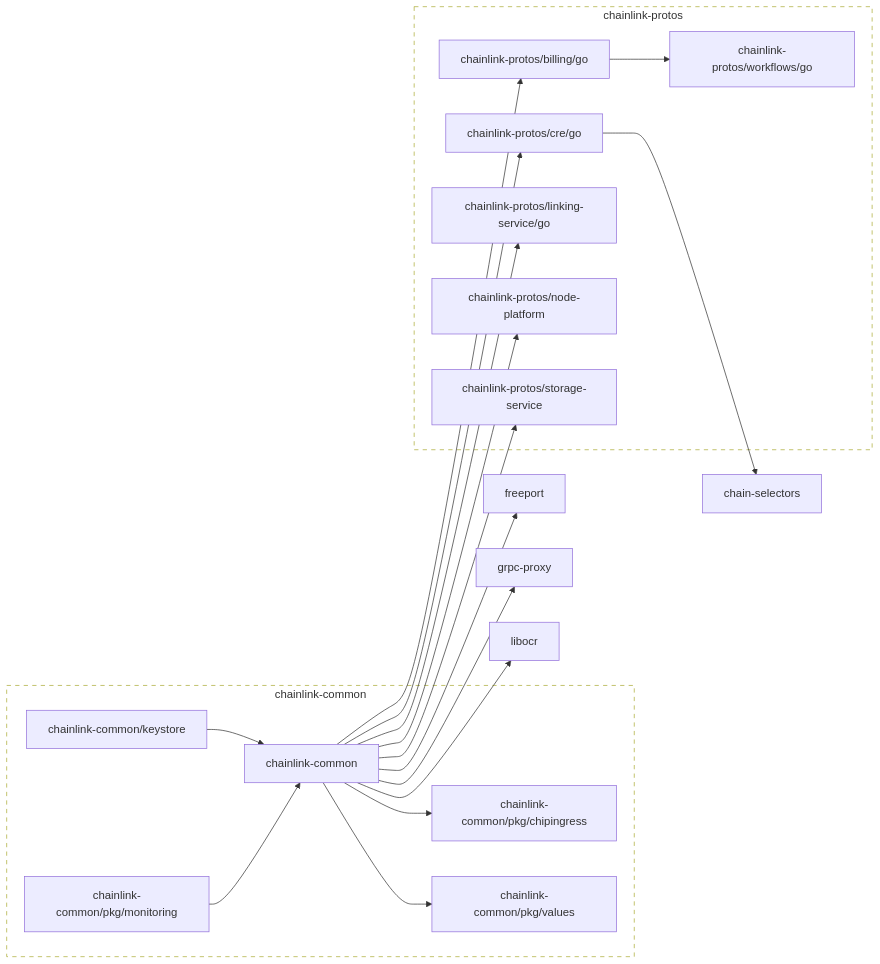
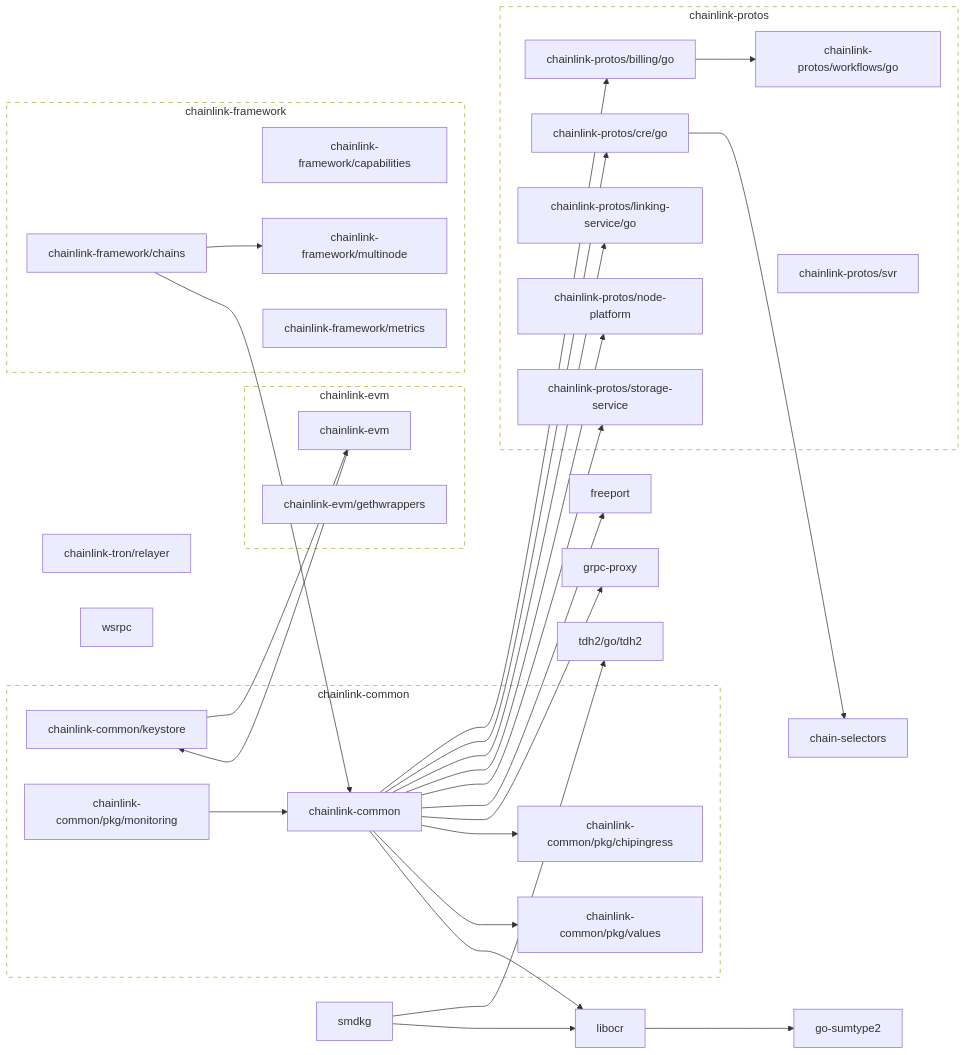
Before and after one commit to smartcontractkit/chainlink-common: the diagram in go.md, drawn with Mermaid.

````diff
--- a/go.md
+++ b/go.md
@@ -15,7 +15,7 @@
 	chainlink-common --> grpc-proxy
 	chainlink-common --> libocr
 	click chainlink-common href "https://github.com/smartcontractkit/chainlink-common"
-	chainlink-common/keystore --> chainlink-common
+	chainlink-common/keystore --> chainlink-evm
 	click chainlink-common/keystore href "https://github.com/smartcontractkit/chainlink-common"
 	chainlink-common/pkg/chipingress
 	click chainlink-common/pkg/chipingress href "https://github.com/smartcontractkit/chainlink-common"
@@ -23,6 +23,19 @@
 	click chainlink-common/pkg/monitoring href "https://github.com/smartcontractkit/chainlink-common"
 	chainlink-common/pkg/values
 	click chainlink-common/pkg/values href "https://github.com/smartcontractkit/chainlink-common"
+	chainlink-evm --> chainlink-common/keystore
+	click chainlink-evm href "https://github.com/smartcontractkit/chainlink-evm"
+	chainlink-evm/gethwrappers
+	click chainlink-evm/gethwrappers href "https://github.com/smartcontractkit/chainlink-evm"
+	chainlink-framework/capabilities
+	click chainlink-framework/capabilities href "https://github.com/smartcontractkit/chainlink-framework"
+	chainlink-framework/chains --> chainlink-common
+	chainlink-framework/chains --> chainlink-framework/multinode
+	click chainlink-framework/chains href "https://github.com/smartcontractkit/chainlink-framework"
+	chainlink-framework/metrics
+	click chainlink-framework/metrics href "https://github.com/smartcontractkit/chainlink-framework"
+	chainlink-framework/multinode
+	click chainlink-framework/multinode href "https://github.com/smartcontractkit/chainlink-framework"
 	chainlink-protos/billing/go --> chainlink-protos/workflows/go
 	click chainlink-protos/billing/go href "https://github.com/smartcontractkit/chainlink-protos"
 	chainlink-protos/cre/go --> chain-selectors
@@ -33,14 +46,27 @@
 	click chainlink-protos/node-platform href "https://github.com/smartcontractkit/chainlink-protos"
 	chainlink-protos/storage-service
 	click chainlink-protos/storage-service href "https://github.com/smartcontractkit/chainlink-protos"
+	chainlink-protos/svr
+	click chainlink-protos/svr href "https://github.com/smartcontractkit/chainlink-protos"
 	chainlink-protos/workflows/go
 	click chainlink-protos/workflows/go href "https://github.com/smartcontractkit/chainlink-protos"
+	chainlink-tron/relayer
+	click chainlink-tron/relayer href "https://github.com/smartcontractkit/chainlink-tron"
 	freeport
 	click freeport href "https://github.com/smartcontractkit/freeport"
+	go-sumtype2
+	click go-sumtype2 href "https://github.com/smartcontractkit/go-sumtype2"
 	grpc-proxy
 	click grpc-proxy href "https://github.com/smartcontractkit/grpc-proxy"
-	libocr
+	libocr --> go-sumtype2
 	click libocr href "https://github.com/smartcontractkit/libocr"
+	smdkg --> libocr
+	smdkg --> tdh2/go/tdh2
+	click smdkg href "https://github.com/smartcontractkit/smdkg"
+	tdh2/go/tdh2
+	click tdh2/go/tdh2 href "https://github.com/smartcontractkit/tdh2"
+	wsrpc
+	click wsrpc href "https://github.com/smartcontractkit/wsrpc"
 
 	subgraph chainlink-common-repo[chainlink-common]
 		 chainlink-common
@@ -51,16 +77,31 @@
 	end
 	click chainlink-common-repo href "https://github.com/smartcontractkit/chainlink-common"
 
+	subgraph chainlink-evm-repo[chainlink-evm]
+		 chainlink-evm
+		 chainlink-evm/gethwrappers
+	end
+	click chainlink-evm-repo href "https://github.com/smartcontractkit/chainlink-evm"
+
+	subgraph chainlink-framework-repo[chainlink-framework]
+		 chainlink-framework/capabilities
+		 chainlink-framework/chains
+		 chainlink-framework/metrics
+		 chainlink-framework/multinode
+	end
+	click chainlink-framework-repo href "https://github.com/smartcontractkit/chainlink-framework"
+
 	subgraph chainlink-protos-repo[chainlink-protos]
 		 chainlink-protos/billing/go
 		 chainlink-protos/cre/go
 		 chainlink-protos/linking-service/go
 		 chainlink-protos/node-platform
 		 chainlink-protos/storage-service
+		 chainlink-protos/svr
 		 chainlink-protos/workflows/go
 	end
 	click chainlink-protos-repo href "https://github.com/smartcontractkit/chainlink-protos"
 
 	classDef outline stroke-dasharray:6,fill:none;
-	class chainlink-common-repo,chainlink-protos-repo outline
+	class chainlink-common-repo,chainlink-evm-repo,chainlink-framework-repo,chainlink-protos-repo outline
 ```
````
